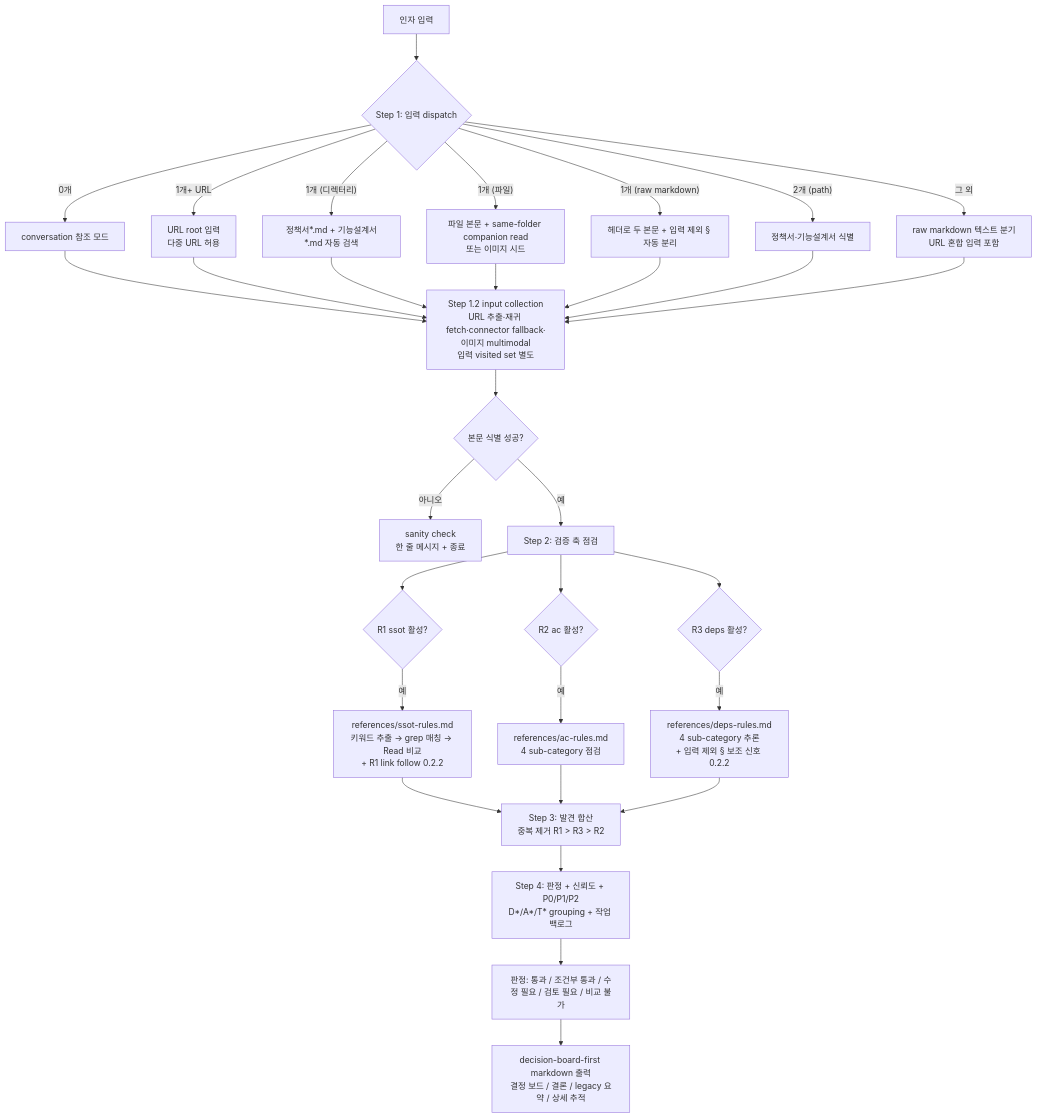
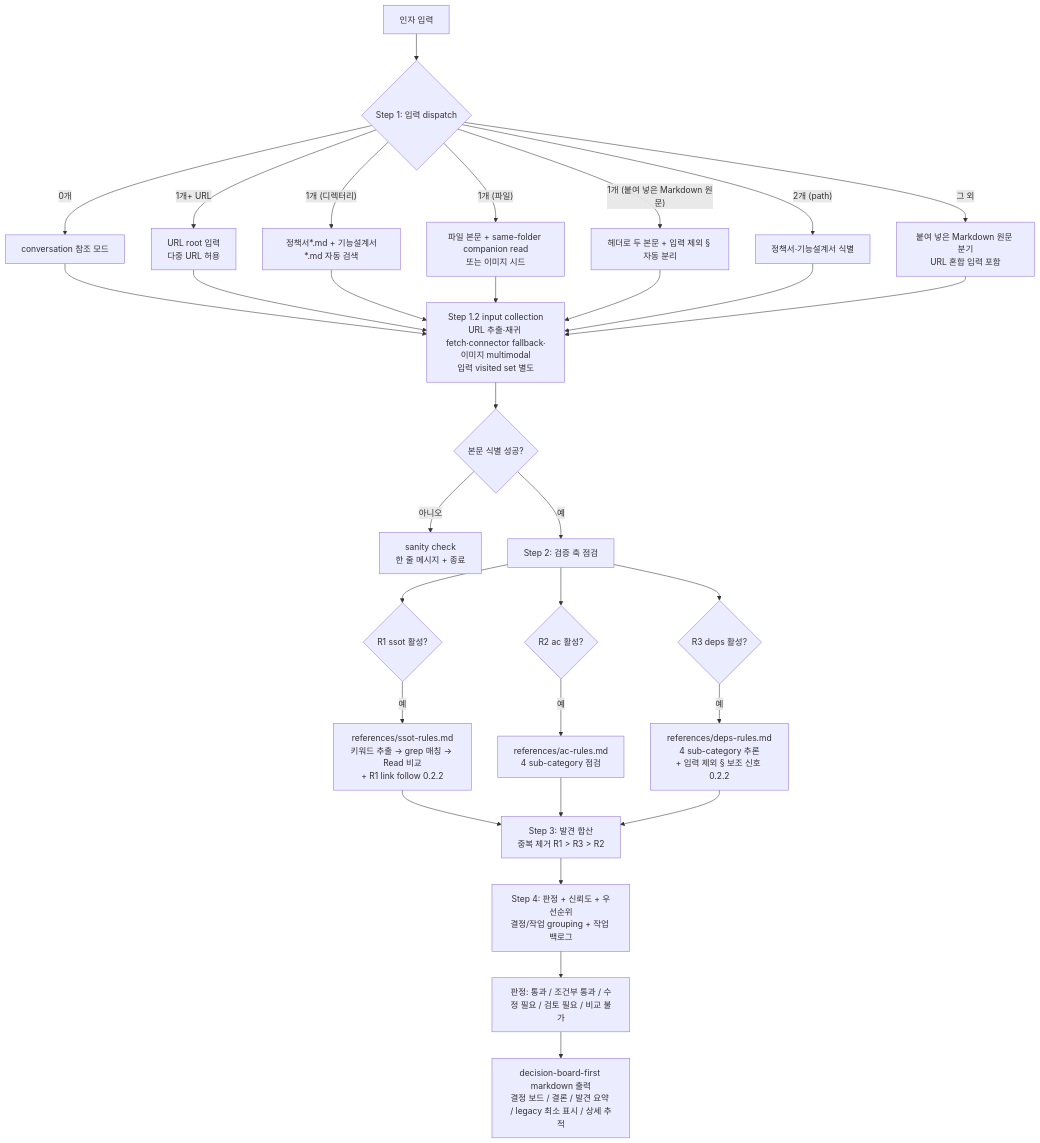
Before and after one commit to inkwonjung-colosseum/plugins: the first of 8 diagrams in planning-kit/docs/planning-review-workflow.md, drawn with Mermaid. The commit also changed other lines of this file and 19 other files, not shown here.

````diff
--- a/planning-kit/docs/planning-review-workflow.md
+++ b/planning-kit/docs/planning-review-workflow.md
@@ -9,39 +9,39 @@
 ```mermaid
 flowchart TD
   A[인자 입력] --> B{Step 1: 입력 dispatch}
   B -->|0개| BC[conversation 참조 모드]
   B -->|"1개+ URL"| BU[URL root 입력<br/>다중 URL 허용]
   B -->|"1개 (디렉터리)"| B1[정책서*.md + 기능설계서*.md 자동 검색]
   B -->|"1개 (파일)"| B2[파일 본문 + same-folder companion read<br/>또는 이미지 시드]
-  B -->|"1개 (raw markdown)"| B3[헤더로 두 본문 + 입력 제외 § 자동 분리]
+  B -->|"1개 (붙여 넣은 Markdown 원문)"| B3[헤더로 두 본문 + 입력 제외 § 자동 분리]
   B -->|"2개 (path)"| B4[정책서·기능설계서 식별]
-  B -->|"그 외"| B5[raw markdown 텍스트 분기<br/>URL 혼합 입력 포함]
+  B -->|"그 외"| B5[붙여 넣은 Markdown 원문 분기<br/>URL 혼합 입력 포함]
 
   BC --> IC[Step 1.2 input collection<br/>URL 추출·재귀 fetch·connector fallback·이미지 multimodal<br/>입력 visited set 별도]
   BU --> IC
   B1 --> IC
   B2 --> IC
   B3 --> IC
   B4 --> IC
   B5 --> IC
   IC --> C{본문 식별 성공?}
   C -->|아니오| CX[sanity check<br/>한 줄 메시지 + 종료]
   C -->|예| D[Step 2: 검증 축 점검]
 
   D --> R1{R1 ssot 활성?}
   D --> R2{R2 ac 활성?}
   D --> R3{R3 deps 활성?}
 
   R1 -->|예| RR1[references/ssot-rules.md<br/>키워드 추출 → grep 매칭 → Read 비교<br/>+ R1 link follow 0.2.2]
   R2 -->|예| RR2[references/ac-rules.md<br/>4 sub-category 점검]
   R3 -->|예| RR3[references/deps-rules.md<br/>4 sub-category 추론<br/>+ 입력 제외 § 보조 신호 0.2.2]
 
   RR1 --> M[Step 3: 발견 합산<br/>중복 제거 R1 > R3 > R2]
   RR2 --> M
   RR3 --> M
 
-  M --> N["Step 4: 판정 + 신뢰도 + P0/P1/P2<br/>D*/A*/T* grouping + 작업 백로그"]
+  M --> N["Step 4: 판정 + 신뢰도 + 우선순위<br/>결정/작업 grouping + 작업 백로그"]
   N --> PASS["판정: 통과 / 조건부 통과 / 수정 필요 / 검토 필요 / 비교 불가"]
 
-  PASS --> OUT["decision-board-first markdown 출력<br/>결정 보드 / 결론 / legacy 요약 / 상세 추적"]
+  PASS --> OUT["decision-board-first markdown 출력<br/>결정 보드 / 결론 / 발견 요약 / legacy 최소 표시 / 상세 추적"]
 ```
````
